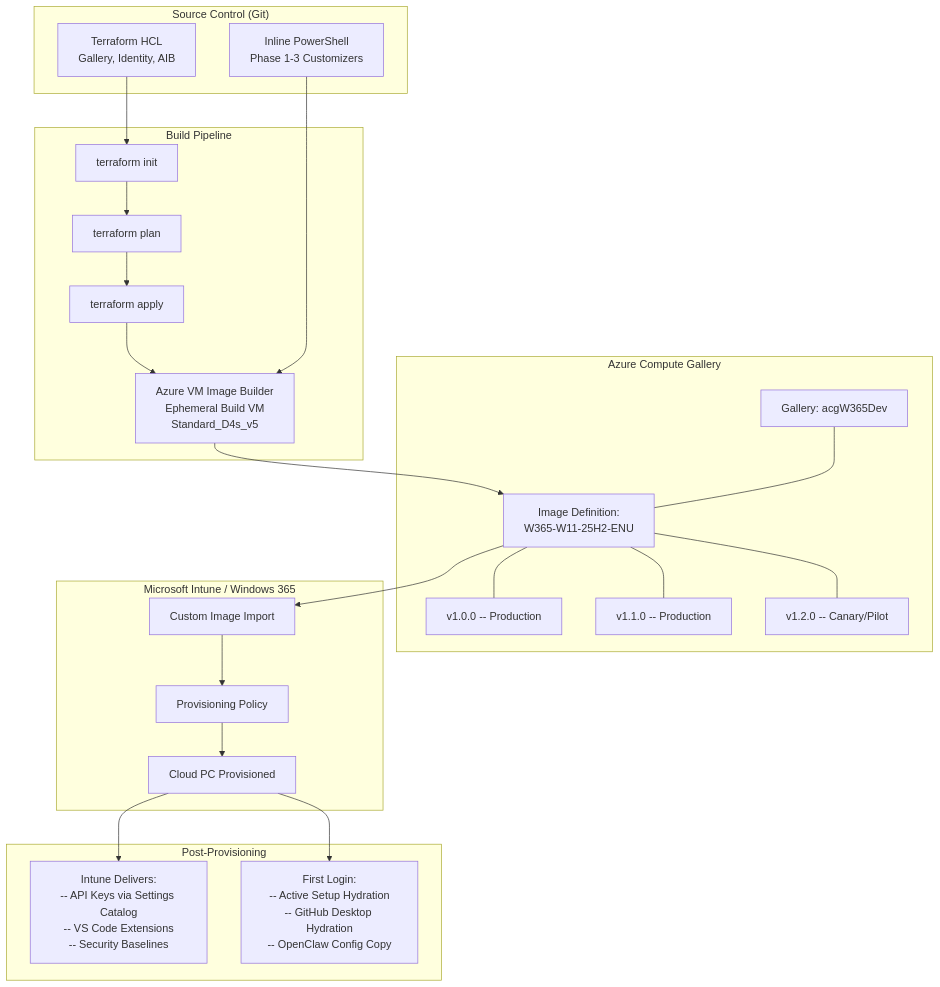
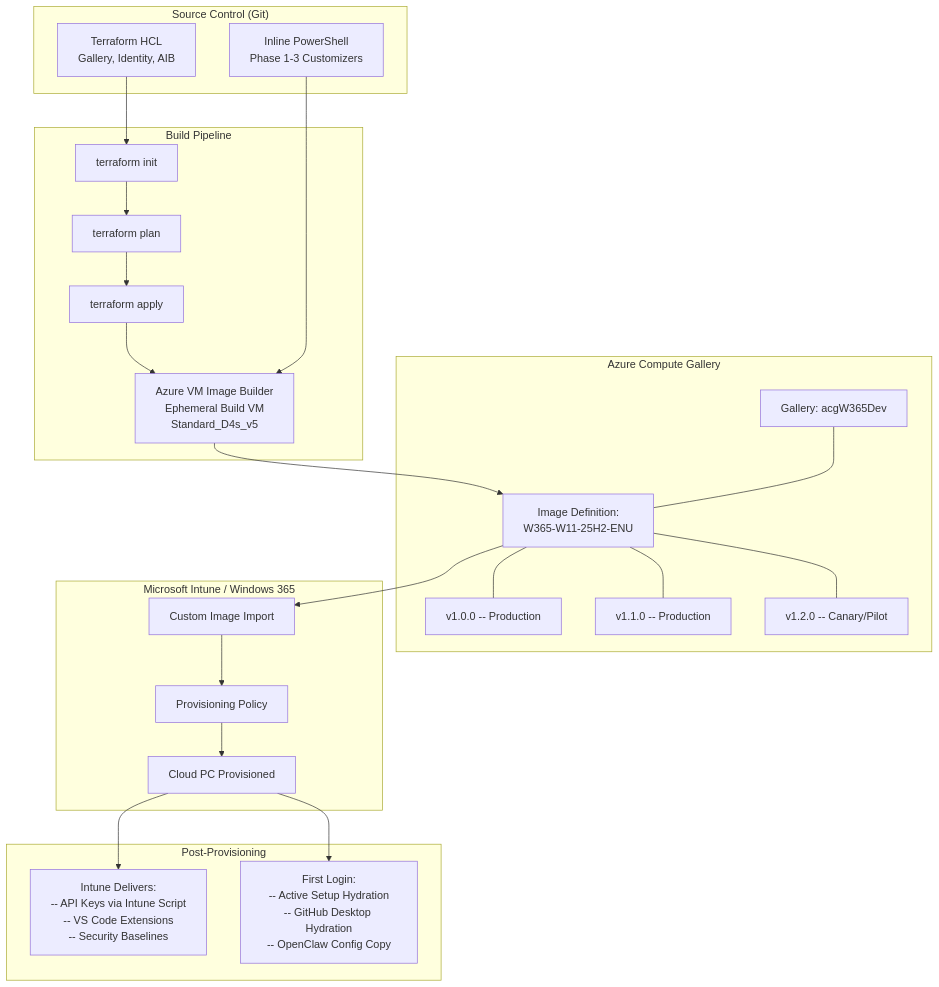
The first of 7 diagrams in README.md (kkaminsk/W365ClawBook), drawn with Mermaid before and after one commit. The commit also changed other lines of this file, not shown here.

Commit message:
docs: replace Settings Catalog references with Intune script for API key delivery

````diff
--- a/README.md
+++ b/README.md
@@ -276,42 +276,42 @@
 ```mermaid
 graph TB
     subgraph "Source Control (Git)"
         TF[Terraform HCL<br/>Gallery, Identity, AIB]
         PS[Inline PowerShell<br/>Phase 1-3 Customizers]
     end
 
     subgraph "Build Pipeline"
         INIT[terraform init]
         PLAN[terraform plan]
         APPLY[terraform apply]
         AIB[Azure VM Image Builder<br/>Ephemeral Build VM<br/>Standard_D4s_v5]
     end
 
     subgraph "Azure Compute Gallery"
         GAL[Gallery: acgW365Dev]
         DEF[Image Definition:<br/>W365-W11-25H2-ENU]
         V1[v1.0.0 -- Production]
         V2[v1.1.0 -- Production]
         V3[v1.2.0 -- Canary/Pilot]
     end
 
     subgraph "Microsoft Intune / Windows 365"
         IMPORT[Custom Image Import]
         POLICY[Provisioning Policy]
         CPC[Cloud PC Provisioned]
     end
 
     subgraph "Post-Provisioning"
-        INTUNE[Intune Delivers:<br/>-- API Keys via Settings Catalog<br/>-- VS Code Extensions<br/>-- Security Baselines]
+        INTUNE[Intune Delivers:<br/>-- API Keys via Intune Script<br/>-- VS Code Extensions<br/>-- Security Baselines]
         LOGIN[First Login:<br/>-- Active Setup Hydration<br/>-- GitHub Desktop Hydration<br/>-- OpenClaw Config Copy]
     end
 
     TF --> INIT --> PLAN --> APPLY --> AIB
     PS --> AIB
     AIB --> DEF
     GAL --- DEF
     DEF --- V1 & V2 & V3
     DEF --> IMPORT --> POLICY --> CPC
     CPC --> INTUNE
     CPC --> LOGIN
 ```
````
